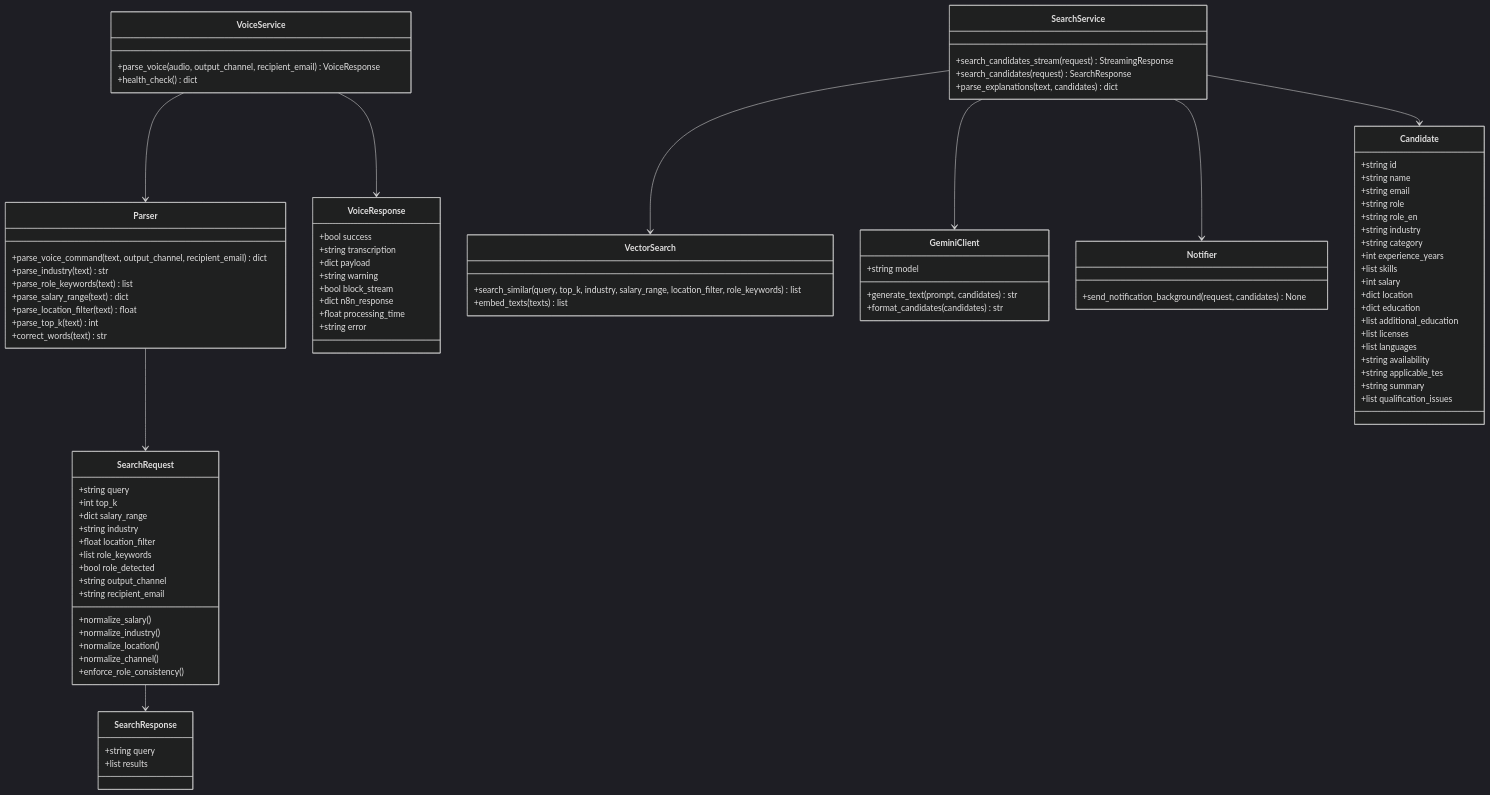
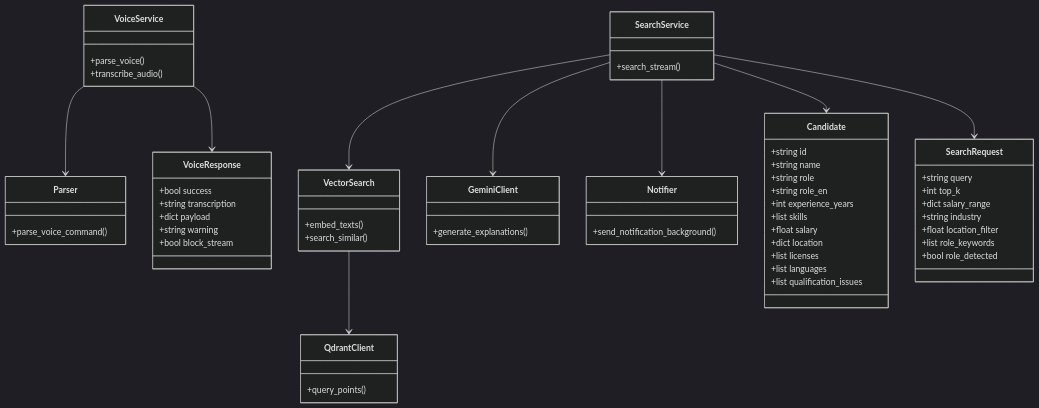
The first of 2 diagrams in Candidate_Search_System/docs/UML_DIAGRAMS.md (nngo23/Implementing-IoT-Pipeline), drawn with Mermaid (dark theme) before and after one commit. The commit also changed other lines of this file and 7 other files, not shown here.

````diff
--- a/Candidate_Search_System/docs/UML_DIAGRAMS.md
+++ b/Candidate_Search_System/docs/UML_DIAGRAMS.md
@@ -8,23 +6,53 @@
 class Candidate {
     +string id
     +string name
-    +string email
     +string role
     +string role_en
-    +string industry
-    +string category
     +int experience_years
     +list skills
-    +int salary
+    +float salary
     +dict location
-    +dict education
-    +list additional_education
     +list licenses
     +list languages
-    +string availability
-    +string applicable_tes
-    +string summary
     +list qualification_issues
+}
+
+class VoiceService {
+    +parse_voice()
+    +transcribe_audio()
+}
+
+class Parser {
+    +parse_voice_command()
+}
+
+class SearchService {
+    +search_stream()
+}
+
+class VectorSearch {
+    +embed_texts()
+    +search_similar()
+}
+
+class GeminiClient {
+    +generate_explanations()
+}
+
+class Notifier {
+    +send_notification_background()
+}
+
+class QdrantClient {
+    +query_points()
+}
+
+class VoiceResponse {
+    +bool success
+    +string transcription
+    +dict payload
+    +string warning
+    +bool block_stream
 }
 
 class SearchRequest {
@@ -35,73 +63,17 @@
     +float location_filter
     +list role_keywords
     +bool role_detected
-    +string output_channel
-    +string recipient_email
-    +normalize_salary()
-    +normalize_industry()
-    +normalize_location()
-    +normalize_channel()
-    +enforce_role_consistency()
-}
-
-class SearchResponse {
-    +string query
-    +list results
-}
-
-class VoiceResponse {
-    +bool success
-    +string transcription
-    +dict payload
-    +string warning
-    +bool block_stream
-    +dict n8n_response
-    +float processing_time
-    +string error
-}
-
-class SearchService {
-    +search_candidates_stream(request) StreamingResponse
-    +search_candidates(request) SearchResponse
-    +parse_explanations(text, candidates) dict
-}
-
-class VoiceService {
-    +parse_voice(audio, output_channel, recipient_email) VoiceResponse
-    +health_check() dict
-}
-
-class Parser {
-    +parse_voice_command(text, output_channel, recipient_email) dict
-    +parse_industry(text) str
-    +parse_role_keywords(text) list
-    +parse_salary_range(text) dict
-    +parse_location_filter(text) float
-    +parse_top_k(text) int
-    +correct_words(text) str
-}
-
-class GeminiClient {
-    +string model
-    +generate_text(prompt, candidates) str
-    +format_candidates(candidates) str
-}
-
-class VectorSearch {
-    +search_similar(query, top_k, industry, salary_range, location_filter, role_keywords) list
-    +embed_texts(texts) list
-}
-
-class Notifier {
-    +send_notification_background(request, candidates) None
 }
 
 VoiceService --> Parser
 VoiceService --> VoiceResponse
+
 SearchService --> VectorSearch
+VectorSearch --> QdrantClient
+
 SearchService --> GeminiClient
 SearchService --> Notifier
+
 SearchService --> Candidate
-SearchRequest --> SearchResponse
-Parser --> SearchRequest
+SearchService --> SearchRequest
 ```
````
